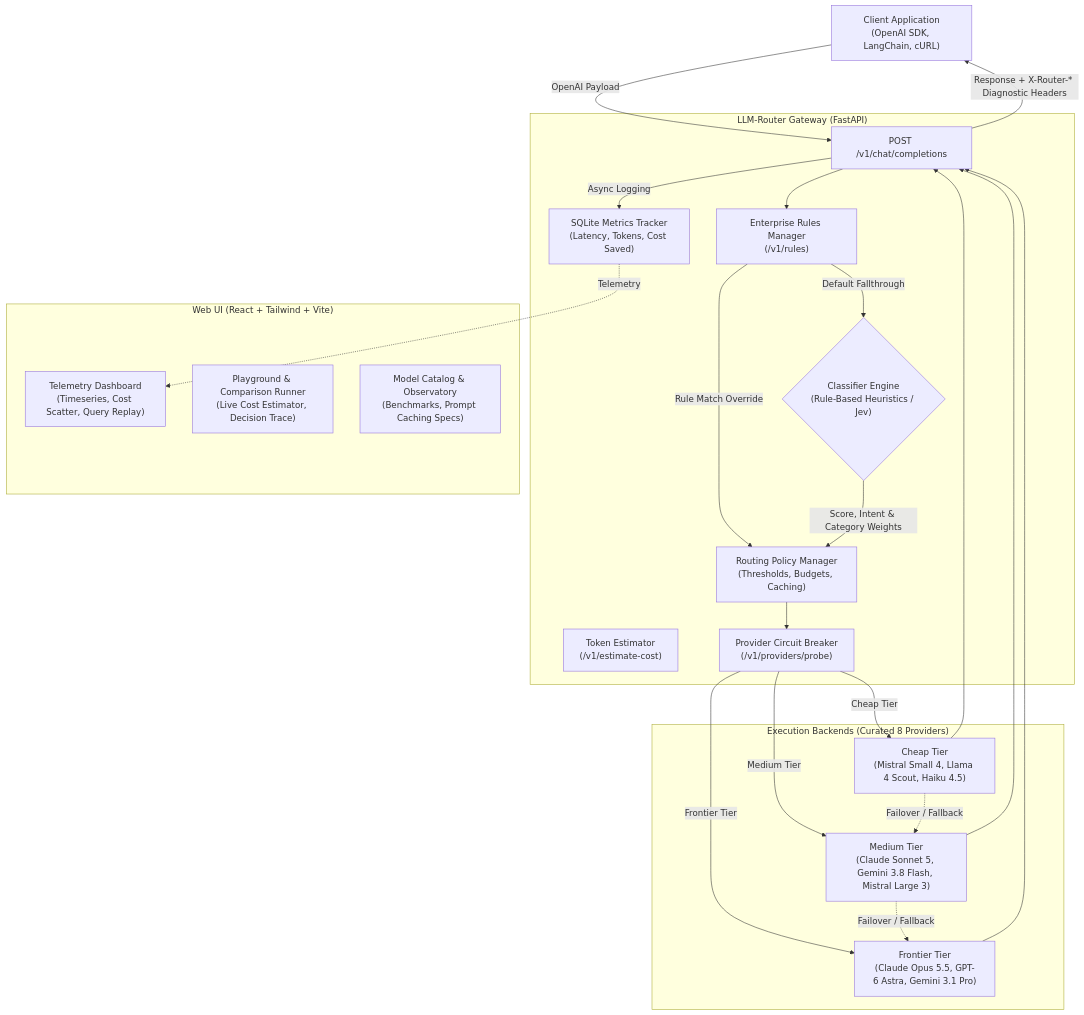
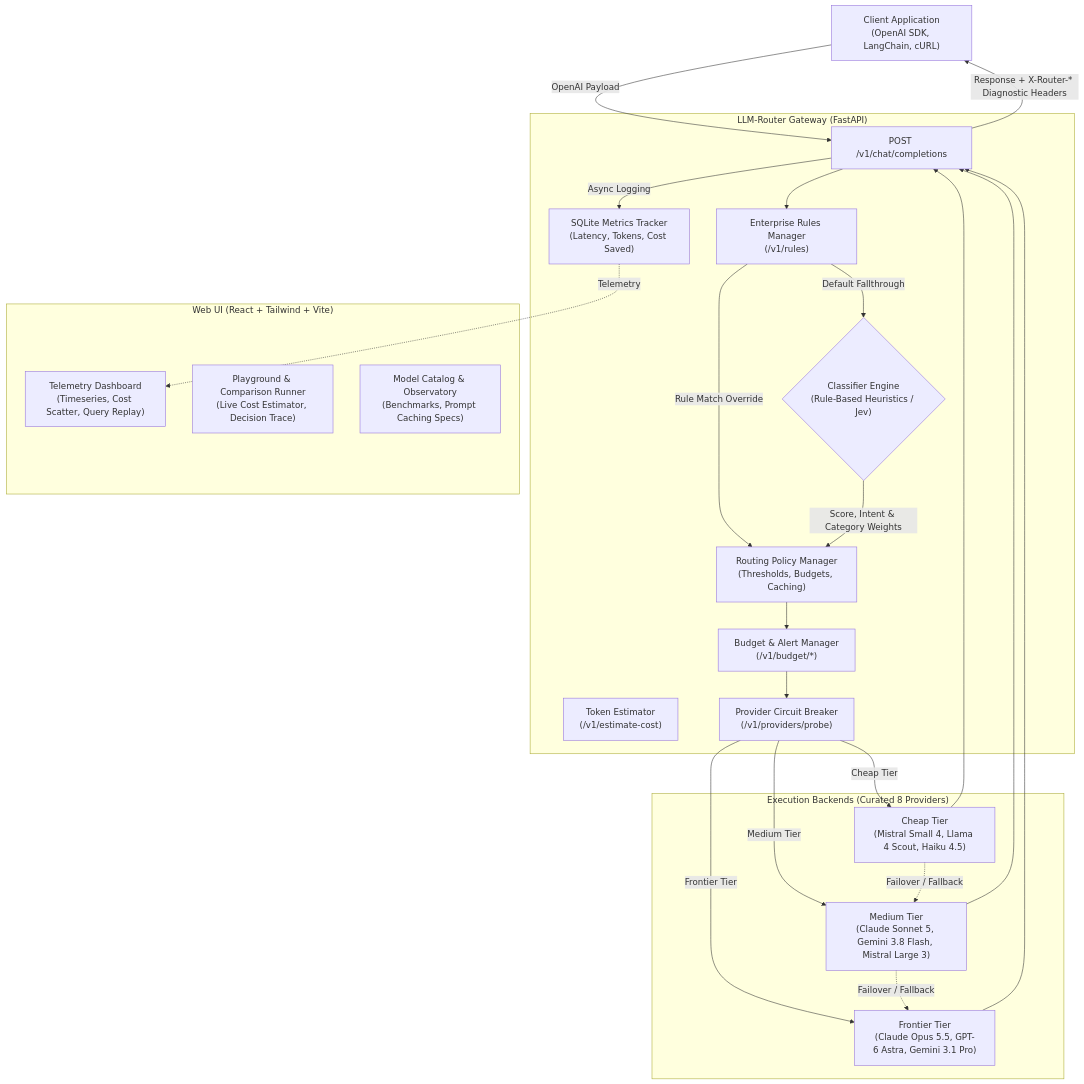
Before and after one commit to Ricos33/LLM-Router: the diagram in README.md, drawn with Mermaid. The commit also changed other lines of this file and 2 other files, not shown here.

Commit message:
docs(readme): update portfolio documentation with 109 tests badge, budget architecture, and env specs

````diff
--- a/README.md
+++ b/README.md
@@ -78,44 +79,46 @@
 ```mermaid
 flowchart TD
     Client["Client Application\n(OpenAI SDK, LangChain, cURL)"]
     
     subgraph Gateway ["LLM-Router Gateway (FastAPI)"]
         API["POST /v1/chat/completions"]
         Estimator["Token Estimator\n(/v1/estimate-cost)"]
         Rules["Enterprise Rules Manager\n(/v1/rules)"]
         Classifier{"Classifier Engine\n(Rule-Based Heuristics / Jev)"}
         CircuitBreaker["Provider Circuit Breaker\n(/v1/providers/probe)"]
+        BudgetAlert["Budget & Alert Manager\n(/v1/budget/*)"]
         Policy["Routing Policy Manager\n(Thresholds, Budgets, Caching)"]
         Metrics["SQLite Metrics Tracker\n(Latency, Tokens, Cost Saved)"]
     end
     
     subgraph Backends ["Execution Backends (Curated 8 Providers)"]
         Cheap["Cheap Tier\n(Mistral Small 4, Llama 4 Scout, Haiku 4.5)"]
         Medium["Medium Tier\n(Claude Sonnet 5, Gemini 3.8 Flash, Mistral Large 3)"]
         Frontier["Frontier Tier\n(Claude Opus 5.5, GPT-6 Astra, Gemini 3.1 Pro)"]
     end
     
     subgraph Analytics ["Web UI (React + Tailwind + Vite)"]
         Dashboard["Telemetry Dashboard\n(Timeseries, Cost Scatter, Query Replay)"]
         Playground["Playground & Comparison Runner\n(Live Cost Estimator, Decision Trace)"]
         CatalogTab["Model Catalog & Observatory\n(Benchmarks, Prompt Caching Specs)"]
     end
 
     Client -->|OpenAI Payload| API
     API --> Rules
     Rules -->|Rule Match Override| Policy
     Rules -->|Default Fallthrough| Classifier
     Classifier -->|Score, Intent & Category Weights| Policy
-    Policy --> CircuitBreaker
+    Policy --> BudgetAlert
+    BudgetAlert --> CircuitBreaker
     CircuitBreaker -->|Cheap Tier| Cheap
     CircuitBreaker -->|Medium Tier| Medium
     CircuitBreaker -->|Frontier Tier| Frontier
     Cheap -.->|Failover / Fallback| Medium
     Medium -.->|Failover / Fallback| Frontier
     Cheap --> API
     Medium --> API
     Frontier --> API
     API -->|Async Logging| Metrics
     Metrics -.->|Telemetry| Dashboard
     API -->|Response + X-Router-* Diagnostic Headers| Client
 ```
````
